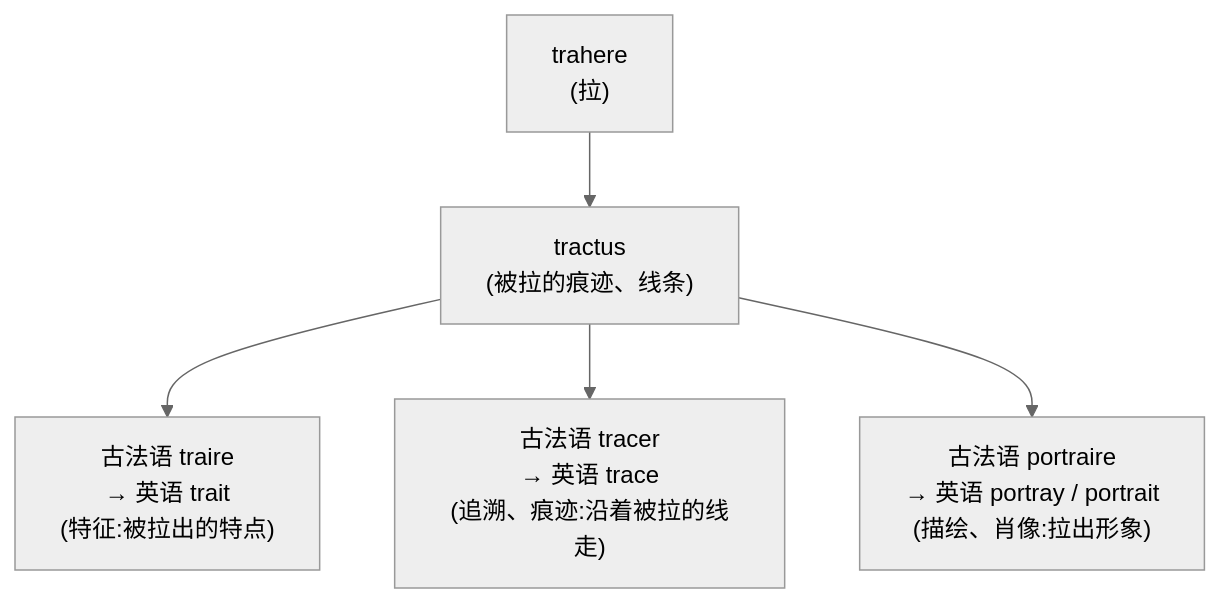
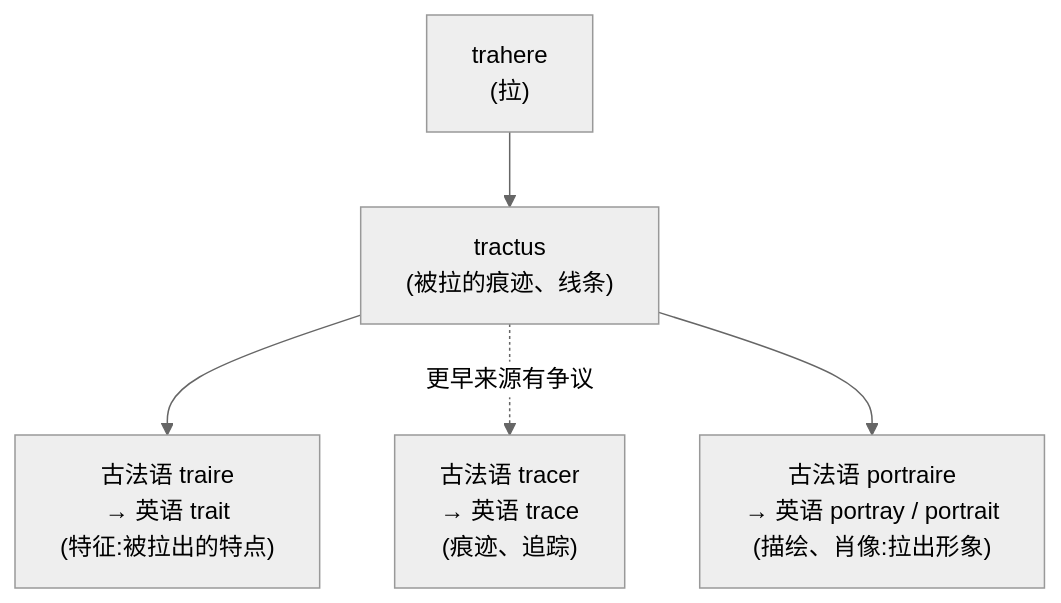
The third of 3 diagrams in 02-拉丁之根/第08章-罗马人的拉拽：trahere家族.md (swiftczz/roots-affixes-book), drawn with Mermaid (neutral theme) before and after one commit. The commit also changed other lines of this file and 17 other files, not shown here.

````diff
--- a/02-拉丁之根/第08章-罗马人的拉拽：trahere家族.md
+++ b/02-拉丁之根/第08章-罗马人的拉拽：trahere家族.md
@@ -151,7 +151,7 @@
 ```mermaid
 flowchart TD
     L1["trahere<br/>(拉)"] --> L2["tractus<br/>(被拉的痕迹、线条)"]
     L2 --> R1["古法语 traire<br/>→ 英语 trait<br/>(特征:被拉出的特点)"]
-    L2 --> R2["古法语 tracer<br/>→ 英语 trace<br/>(追溯、痕迹:沿着被拉的线走)"]
+    L2 -.->|"更早来源有争议"| R2["古法语 tracer<br/>→ 英语 trace<br/>(痕迹、追踪)"]
     L2 --> R3["古法语 portraire<br/>→ 英语 portray / portrait<br/>(描绘、肖像:拉出形象)"]
 ```
````
